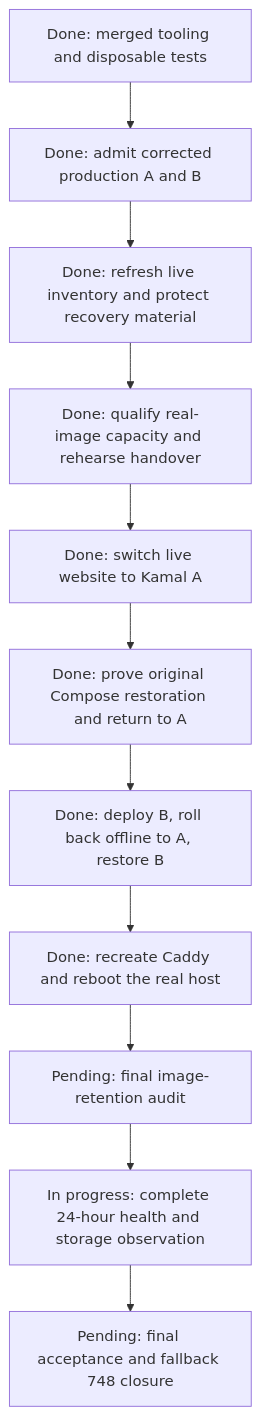
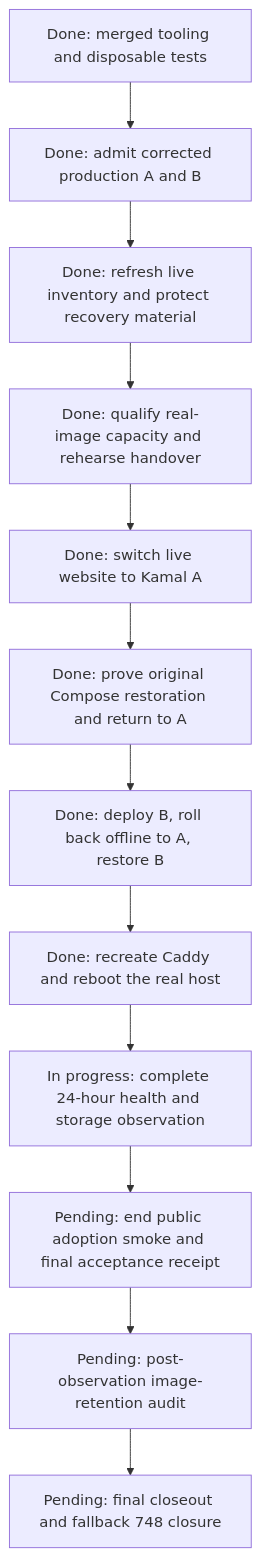
One commit to flidai/leapview changed the diagram in plan.md. Above: the diagram before and after it, drawn with Mermaid. The commit also changed other lines of this file, not shown here.

Commit message:
docs(deploy): align final rollout audit with observation order

````diff
--- a/plan.md
+++ b/plan.md
@@ -95,13 +95,14 @@
 ```mermaid
 flowchart TD
     A[Done: merged tooling and disposable tests] --> B[Done: admit corrected production A and B]
     B --> C[Done: refresh live inventory and protect recovery material]
     C --> D[Done: qualify real-image capacity and rehearse handover]
     D --> E[Done: switch live website to Kamal A]
     E --> F[Done: prove original Compose restoration and return to A]
     F --> G[Done: deploy B, roll back offline to A, restore B]
     G --> H[Done: recreate Caddy and reboot the real host]
-    H --> I[Pending: final image-retention audit]
-    I --> J[In progress: complete 24-hour health and storage observation]
-    J --> K[Pending: final acceptance and fallback 748 closure]
+    H --> I[In progress: complete 24-hour health and storage observation]
+    I --> J[Pending: end public adoption smoke and final acceptance receipt]
+    J --> K[Pending: post-observation image-retention audit]
+    K --> L[Pending: final closeout and fallback 748 closure]
 ```
````
